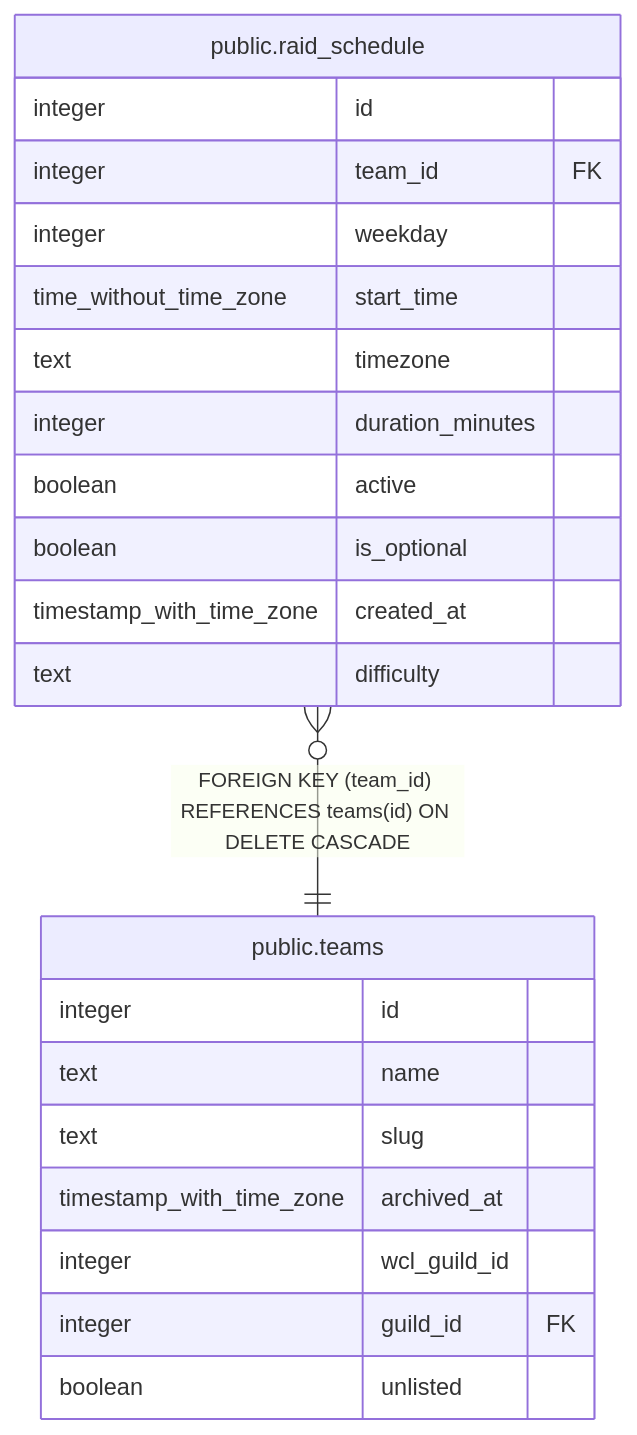
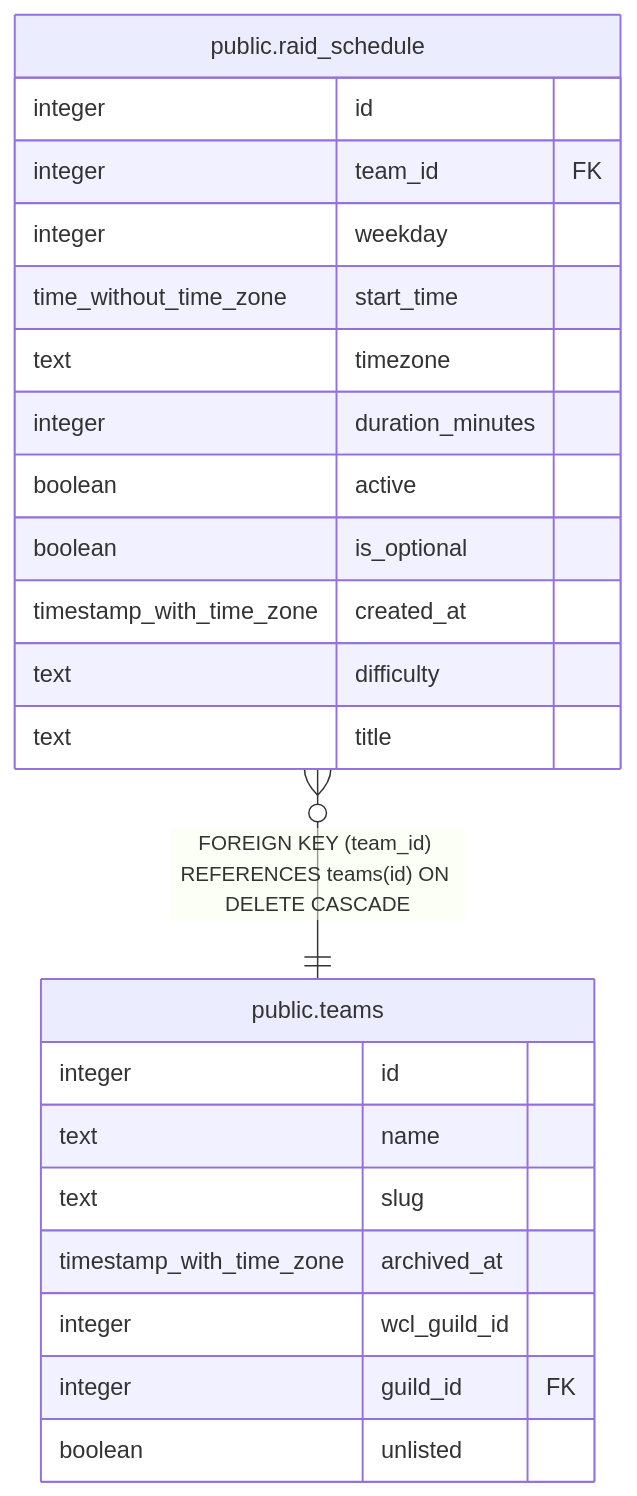
The diagram in dbdoc/public.raid_schedule.md (katogaming88/WGA-Raid-Hub), drawn with Mermaid before and after one commit. The commit also changed other lines of this file and 28 other files, not shown here.

````diff
--- a/dbdoc/public.raid_schedule.md
+++ b/dbdoc/public.raid_schedule.md
@@ -41,27 +43,28 @@
 ```mermaid
 erDiagram
 
 "public.raid_schedule" }o--|| "public.teams" : "FOREIGN KEY (team_id) REFERENCES teams(id) ON DELETE CASCADE"
 
 "public.raid_schedule" {
   integer id
   integer team_id FK
   integer weekday
   time_without_time_zone start_time
   text timezone
   integer duration_minutes
   boolean active
   boolean is_optional
   timestamp_with_time_zone created_at
   text difficulty
+  text title
 }
 "public.teams" {
   integer id
   text name
   text slug
   timestamp_with_time_zone archived_at
   integer wcl_guild_id
   integer guild_id FK
   boolean unlisted
 }
 ```
````
